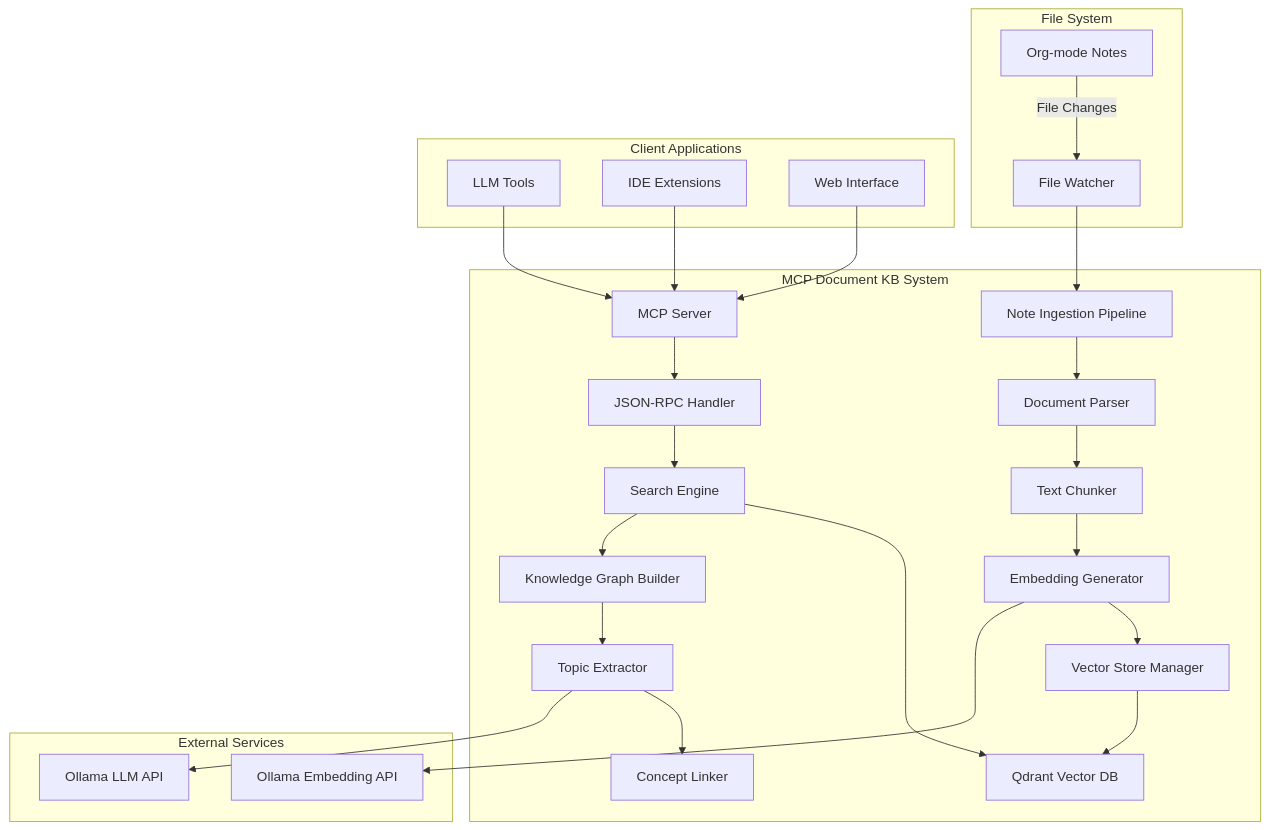
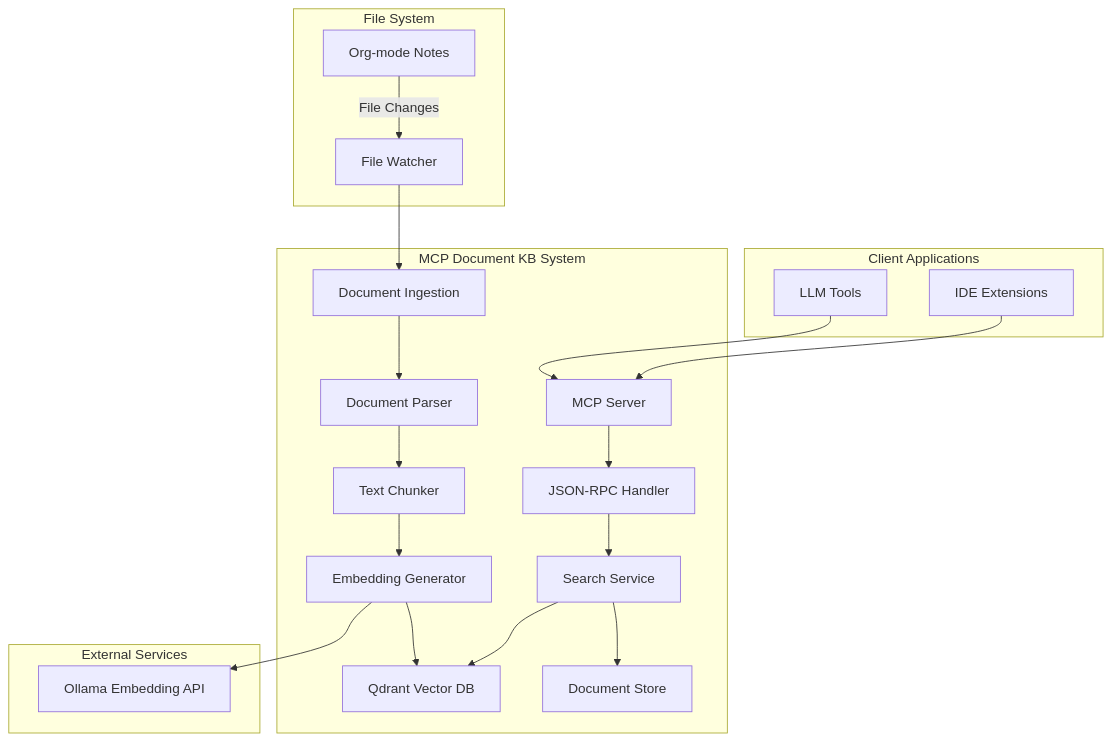
The diagram in docs/claude-plan.org (christianromney/mcp-document-kb), drawn with Mermaid before and after one commit. The commit also changed other lines of this file and 7 other files, not shown here.

```diff
--- a/docs/claude-plan.org
+++ b/docs/claude-plan.org
@@ -31,33 +32,28 @@
 #+BEGIN_SRC mermaid :file tangle/claude-plan-architecture.png :exports both
 graph TB
     subgraph "File System"
         A[Org-mode Notes] -->|File Changes| B[File Watcher]
     end
     
     subgraph "MCP Document KB System"
-        B --> C[Note Ingestion Pipeline]
+        B --> C[Document Ingestion]
         C --> D[Document Parser]
         D --> E[Text Chunker]
         E --> F[Embedding Generator]
-        F --> G[Vector Store Manager]
-        G --> H[Qdrant Vector DB]
+        F --> G[Qdrant Vector DB]
         
-        I[MCP Server] --> J[JSON-RPC Handler]
-        J --> K[Search Engine]
-        K --> H
-        K --> L[Knowledge Graph Builder]
-        L --> M[Topic Extractor]
-        M --> N[Concept Linker]
+        H[MCP Server] --> I[JSON-RPC Handler]
+        I --> J[Search Service]
+        J --> G
+        J --> K[Document Store]
     end
     
     subgraph "External Services"
-        F --> O[Ollama Embedding API]
-        M --> P[Ollama LLM API]
+        F --> L[Ollama Embedding API]
     end
     
     subgraph "Client Applications"
-        Q[LLM Tools] --> I
-        R[IDE Extensions] --> I
-        S[Web Interface] --> I
+        M[LLM Tools] --> H
+        N[IDE Extensions] --> H
     end
 #+END_SRC
```
